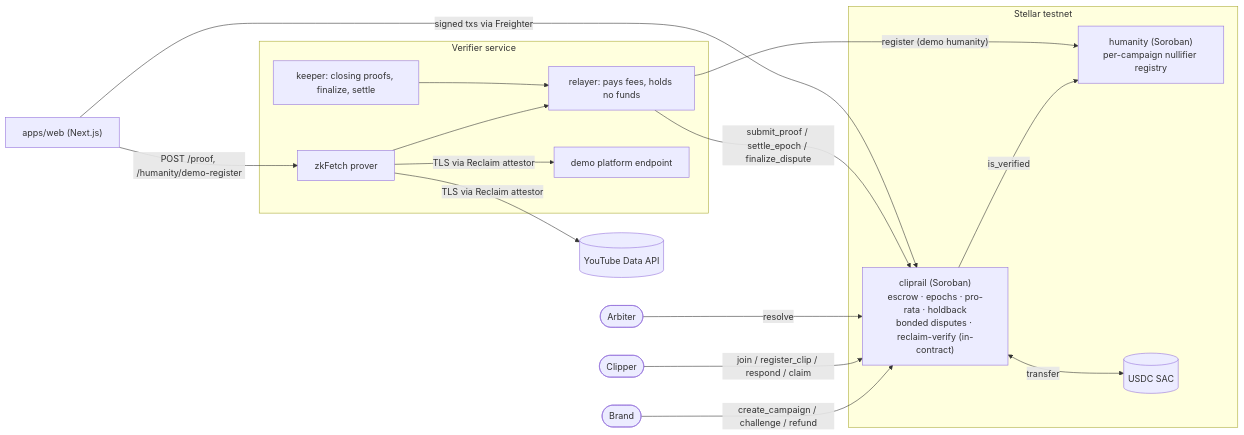
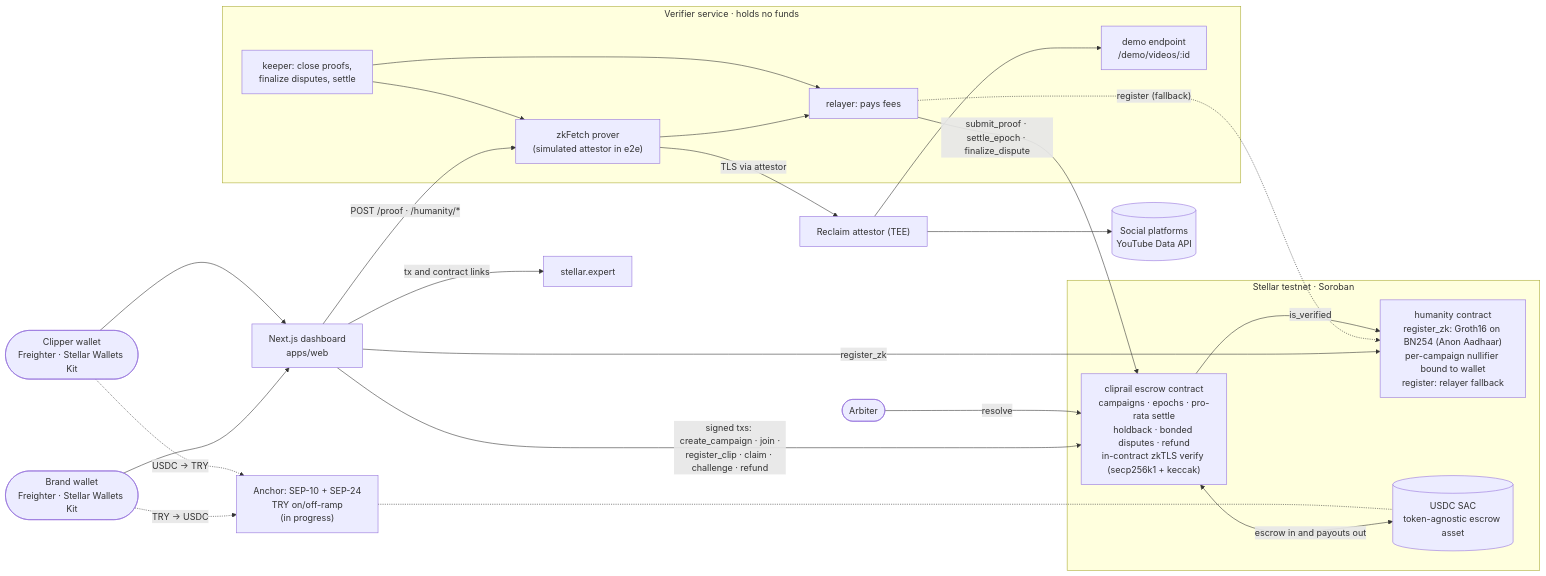
One commit to KayaKerem/cashtag-stellar changed the first of 2 diagrams in README.md. Above: the diagram before and after it, drawn with Mermaid. The commit also changed other lines of this file, not shown here.

Commit message:
docs(readme): Scale track deliverables — architecture diagrams, integrations, skills used, SCF roadmap

````diff
--- a/README.md
+++ b/README.md
@@ -72,27 +85,48 @@
 ```mermaid
 flowchart LR
-  Brand([Brand]) -- create_campaign / challenge / refund --> CR
-  Clipper([Clipper]) -- join / register_clip / respond / claim --> CR
-  Arbiter([Arbiter]) -- resolve --> CR
+  Brand(["Brand wallet<br/>Freighter · Stellar Wallets Kit"])
+  Clipper(["Clipper wallet<br/>Freighter · Stellar Wallets Kit"])
+  Arbiter([Arbiter])
+  Web["Next.js dashboard<br/>apps/web"]
 
-  subgraph Stellar testnet
-    CR["cliprail (Soroban)<br/>escrow · epochs · pro-rata · holdback<br/>bonded disputes · reclaim-verify (in-contract)"]
-    HU["humanity (Soroban)<br/>per-campaign nullifier registry"]
-    USDC[(USDC SAC)]
-    CR -- is_verified --> HU
-    CR <-- transfer --> USDC
+  subgraph Stellar["Stellar testnet · Soroban"]
+    CR["cliprail escrow contract<br/>campaigns · epochs · pro-rata settle<br/>holdback · bonded disputes · refund<br/>in-contract zkTLS verify (secp256k1 + keccak)"]
+    HU["humanity contract<br/>register_zk: Groth16 on BN254 (Anon Aadhaar)<br/>per-campaign nullifier bound to wallet<br/>register: relayer fallback"]
+    USDC[("USDC SAC<br/>token-agnostic escrow asset")]
   end
 
-  subgraph Verifier service
-    ZK[zkFetch prover] --> RL[relayer: pays fees, holds no funds]
-    KP[keeper: closing proofs, finalize, settle] --> RL
-    DM[demo platform endpoint]
+  subgraph VS["Verifier service · holds no funds"]
+    ZK["zkFetch prover<br/>(simulated attestor in e2e)"]
+    KP["keeper: close proofs,<br/>finalize disputes, settle"]
+    RL["relayer: pays fees"]
+    DM["demo endpoint<br/>/demo/videos/:id"]
   end
 
-  ZK -- TLS via Reclaim attestor --> YT[(YouTube Data API)]
-  ZK -- TLS via Reclaim attestor --> DM
-  RL -- submit_proof / settle_epoch / finalize_dispute --> CR
-  RL -- register (demo humanity) --> HU
-  Web["apps/web (Next.js)"] -- POST /proof, /humanity/demo-register --> ZK
-  Web -- signed txs via Freighter --> CR
+  AT["Reclaim attestor (TEE)"]
+  SP[("Social platforms<br/>YouTube Data API")]
+  AN["Anchor: SEP-10 + SEP-24<br/>TRY on/off-ramp<br/>(in progress)"]
+  SE["stellar.expert"]
+
+  Brand --> Web
+  Clipper --> Web
+  Web -- "signed txs: create_campaign · join ·<br/>register_clip · claim · challenge · refund" --> CR
+  Web -- "register_zk" --> HU
+  Web -- "POST /proof · /humanity/*" --> ZK
+  Arbiter -- resolve --> CR
+
+  ZK -- "TLS via attestor" --> AT
+  AT --> SP
+  AT --> DM
+  KP --> ZK
+  ZK --> RL
+  KP --> RL
+  RL -- "submit_proof · settle_epoch · finalize_dispute" --> CR
+  RL -. "register (fallback)" .-> HU
+
+  CR -- is_verified --> HU
+  CR <-- escrow in and payouts out --> USDC
+  Brand -. "TRY → USDC" .-> AN
+  Clipper -. "USDC → TRY" .-> AN
+  AN -.- USDC
+  Web -- "tx and contract links" --> SE
 ```
````
